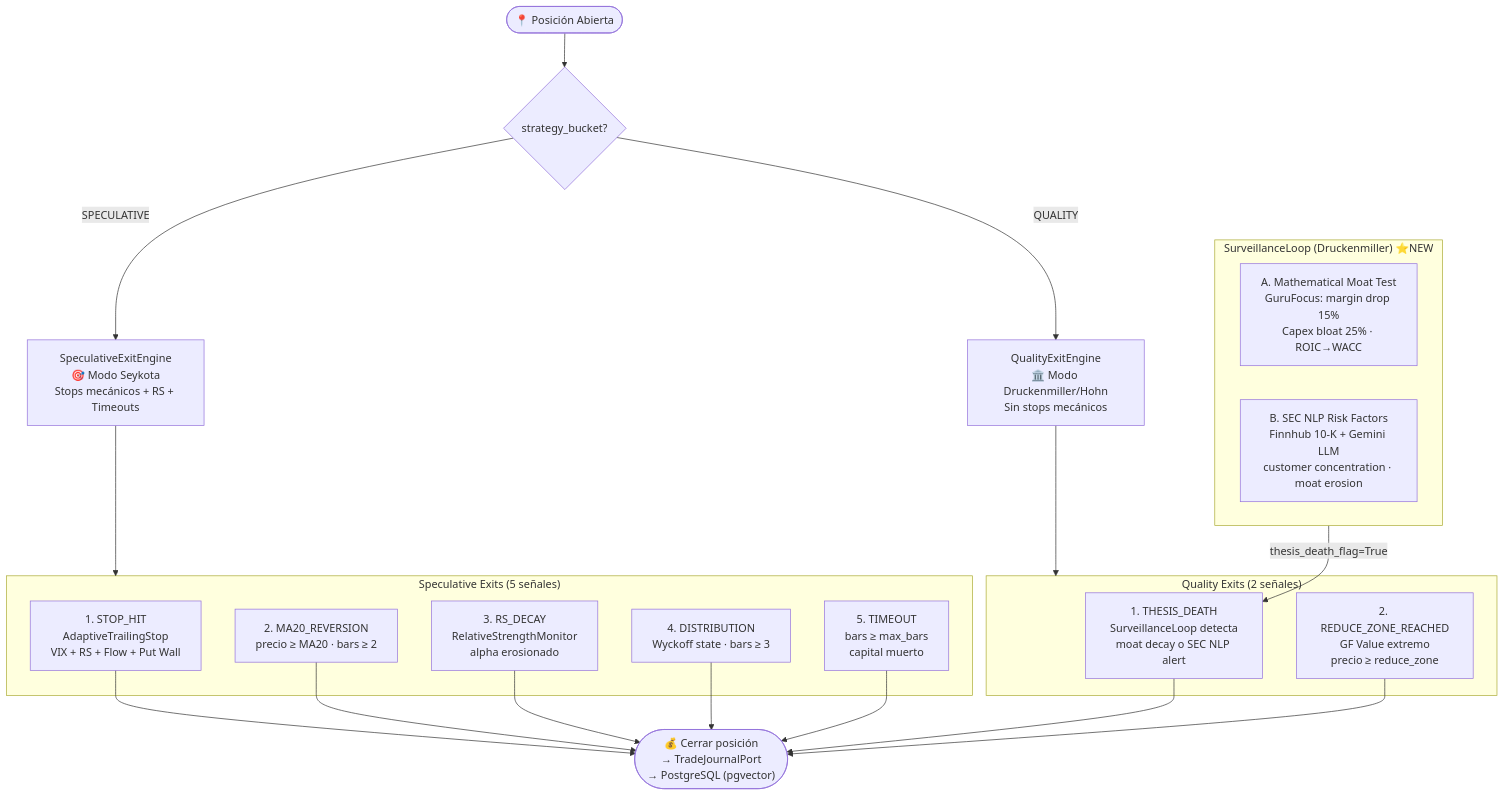
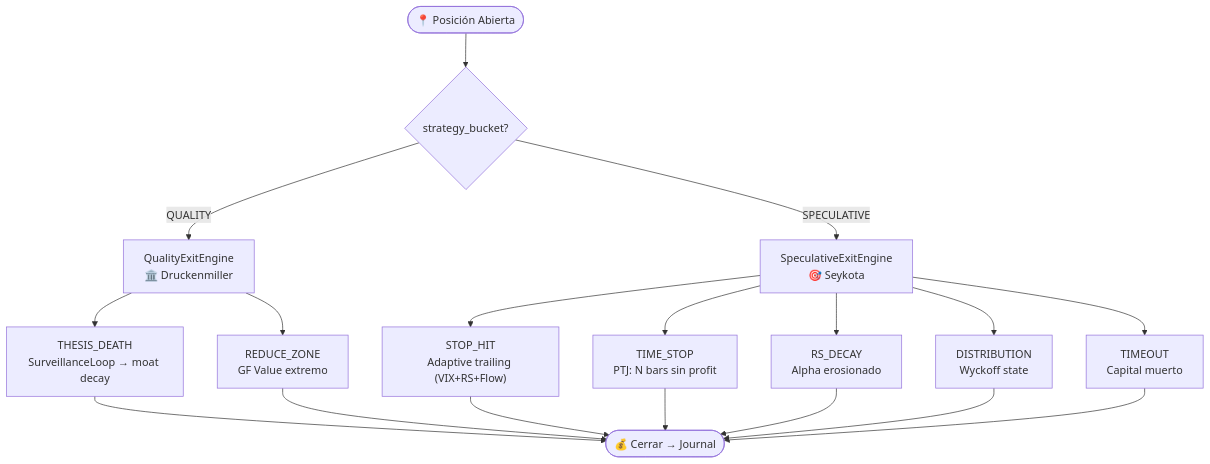
One commit to Charlie7532/botero-trade-engine changed the sixth of 7 diagrams in docs/architecture-diagram.md. Above: the diagram before and after it, drawn with Mermaid. The commit also changed other lines of this file and 1 other file, not shown here.

Commit message:
refactor: restructure backend into 12 clean architecture modules and update project architecture documentation

````diff
--- a/docs/architecture-diagram.md
+++ b/docs/architecture-diagram.md
@@ -466,40 +212,22 @@
 ```mermaid
 flowchart TD
     POS(["📍 Posición Abierta"])
     DEPT{"strategy_bucket?"}
 
     POS --> DEPT
 
-    DEPT -->|"SPECULATIVE"| SPEC["SpeculativeExitEngine<br/>🎯 Modo Seykota<br/>Stops mecánicos + RS + Timeouts"]
-    DEPT -->|"QUALITY"| QUAL["QualityExitEngine<br/>🏛️ Modo Druckenmiller/Hohn<br/>Sin stops mecánicos"]
+    DEPT -->|"QUALITY"| QUAL["QualityExitEngine<br/>🏛️ Druckenmiller"]
+    DEPT -->|"SPECULATIVE"| SPEC["SpeculativeExitEngine<br/>🎯 Seykota"]
 
-    subgraph SPEC_EXITS["Speculative Exits (5 señales)"]
-        SE1["1. STOP_HIT<br/>AdaptiveTrailingStop<br/>VIX + RS + Flow + Put Wall"]
-        SE2["2. MA20_REVERSION<br/>precio ≥ MA20 · bars ≥ 2"]
-        SE3["3. RS_DECAY<br/>RelativeStrengthMonitor<br/>alpha erosionado"]
-        SE4["4. DISTRIBUTION<br/>Wyckoff state · bars ≥ 3"]
-        SE5["5. TIMEOUT<br/>bars ≥ max_bars<br/>capital muerto"]
-    end
+    QUAL --> QE1["THESIS_DEATH<br/>SurveillanceLoop → moat decay"]
+    QUAL --> QE2["REDUCE_ZONE<br/>GF Value extremo"]
 
-    subgraph QUAL_EXITS["Quality Exits (2 señales)"]
-        QE1["1. THESIS_DEATH<br/>SurveillanceLoop detecta<br/>moat decay o SEC NLP alert"]
-        QE2["2. REDUCE_ZONE_REACHED<br/>GF Value extremo<br/>precio ≥ reduce_zone"]
-    end
+    SPEC --> SE1["STOP_HIT<br/>Adaptive trailing (VIX+RS+Flow)"]
+    SPEC --> SE2["TIME_STOP<br/>PTJ: N bars sin profit"]
+    SPEC --> SE3["RS_DECAY<br/>Alpha erosionado"]
+    SPEC --> SE4["DISTRIBUTION<br/>Wyckoff state"]
+    SPEC --> SE5["TIMEOUT<br/>Capital muerto"]
 
-    subgraph SURV["SurveillanceLoop (Druckenmiller) ⭐NEW"]
-        SV1["A. Mathematical Moat Test<br/>GuruFocus: margin drop 15%<br/>Capex bloat 25% · ROIC→WACC"]
-        SV2["B. SEC NLP Risk Factors<br/>Finnhub 10-K + Gemini LLM<br/>customer concentration · moat erosion"]
-    end
-
-    SPEC --> SPEC_EXITS
-    QUAL --> QUAL_EXITS
-    SURV -->|"thesis_death_flag=True"| QE1
-
-    SE1 --> CLOSE(["💰 Cerrar posición<br/>→ TradeJournalPort<br/>→ PostgreSQL (pgvector)"])
-    SE2 --> CLOSE
-    SE3 --> CLOSE
-    SE4 --> CLOSE
-    SE5 --> CLOSE
-    QE1 --> CLOSE
-    QE2 --> CLOSE
+    QE1 & QE2 --> CLOSE(["💰 Cerrar → Journal"])
+    SE1 & SE2 & SE3 & SE4 & SE5 --> CLOSE
 ```
````
